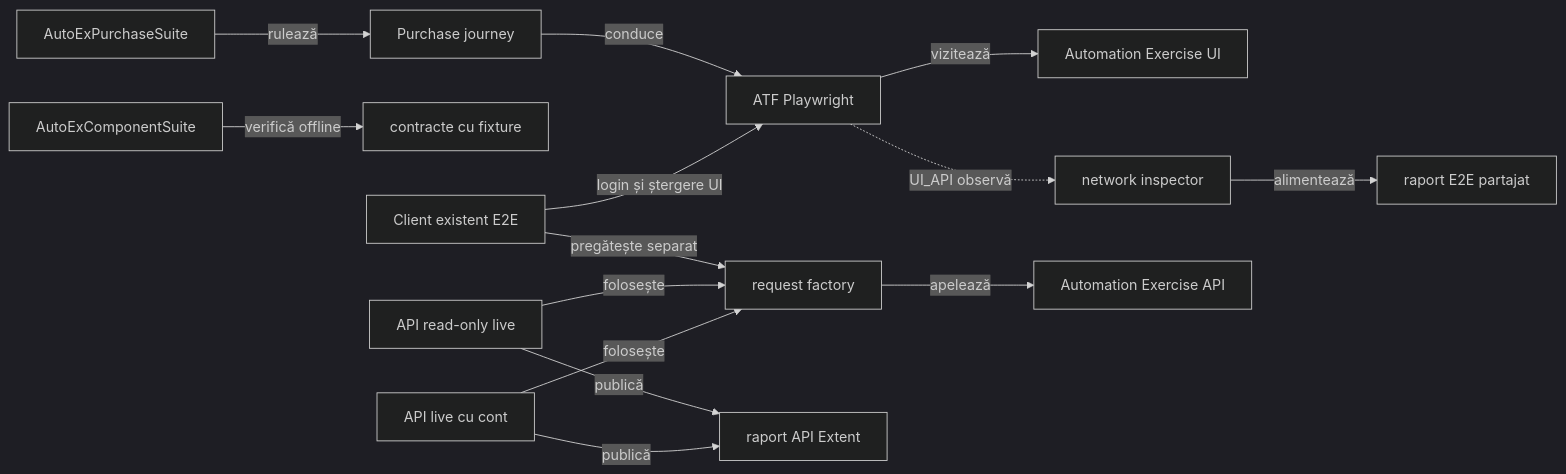
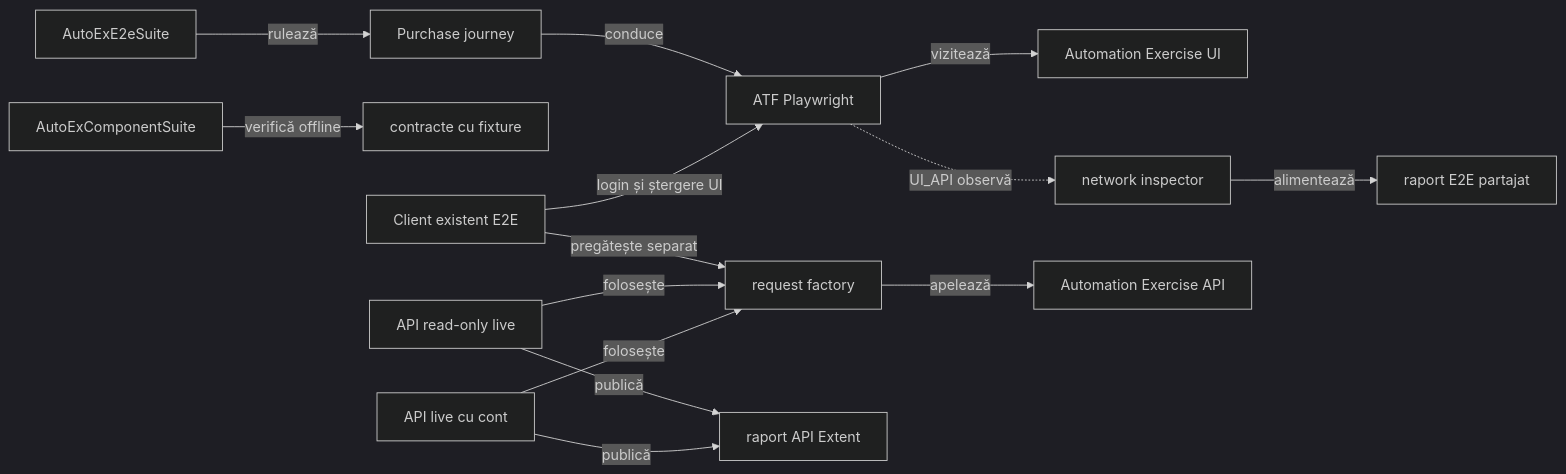
The second of 2 diagrams in atf-test-auto-ex/README.md (crististefanita/demo2), drawn with Mermaid (dark theme) before and after one commit. The commit also changed other lines of this file and 95 other files, not shown here.

````diff
--- a/atf-test-auto-ex/README.md
+++ b/atf-test-auto-ex/README.md
@@ -466,16 +482,16 @@
 ```mermaid
 flowchart LR
-    E2E[AutoExPurchaseSuite] -->|rulează| Journey[Purchase journey]
+    E2E[AutoExE2eSuite] -->|rulează| Journey[Purchase journey]
     Journey -->|conduce| Browser[ATF Playwright]
     Browser -->|vizitează| Site[Automation Exercise UI]
     Browser -.->|UI_API observă| Inspector[network inspector]
     Inspector -->|alimentează| UiReport[raport E2E partajat]
     Components[AutoExComponentSuite] -->|verifică offline| Fixtures[contracte cu fixture]
     Existing[Client existent E2E] -->|pregătește separat| Factory
     Existing -->|login și ștergere UI| Browser
     ReadOnly[API read-only live] -->|folosește| Factory[request factory]
     AccountApi[API live cu cont] -->|folosește| Factory
     Factory -->|apelează| Api[Automation Exercise API]
     ReadOnly -->|publică| ApiReport[raport API Extent]
     AccountApi -->|publică| ApiReport
 ```
````
